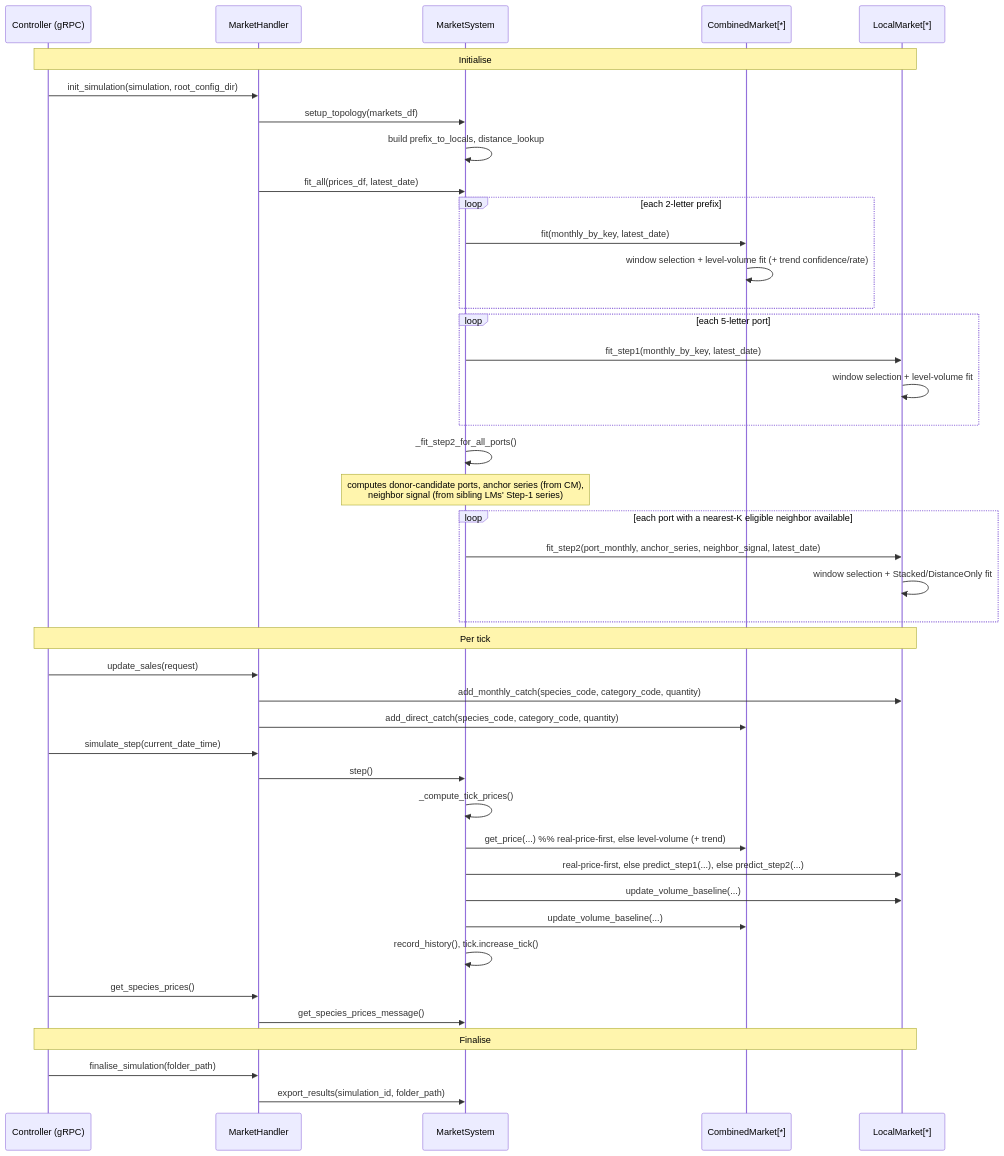
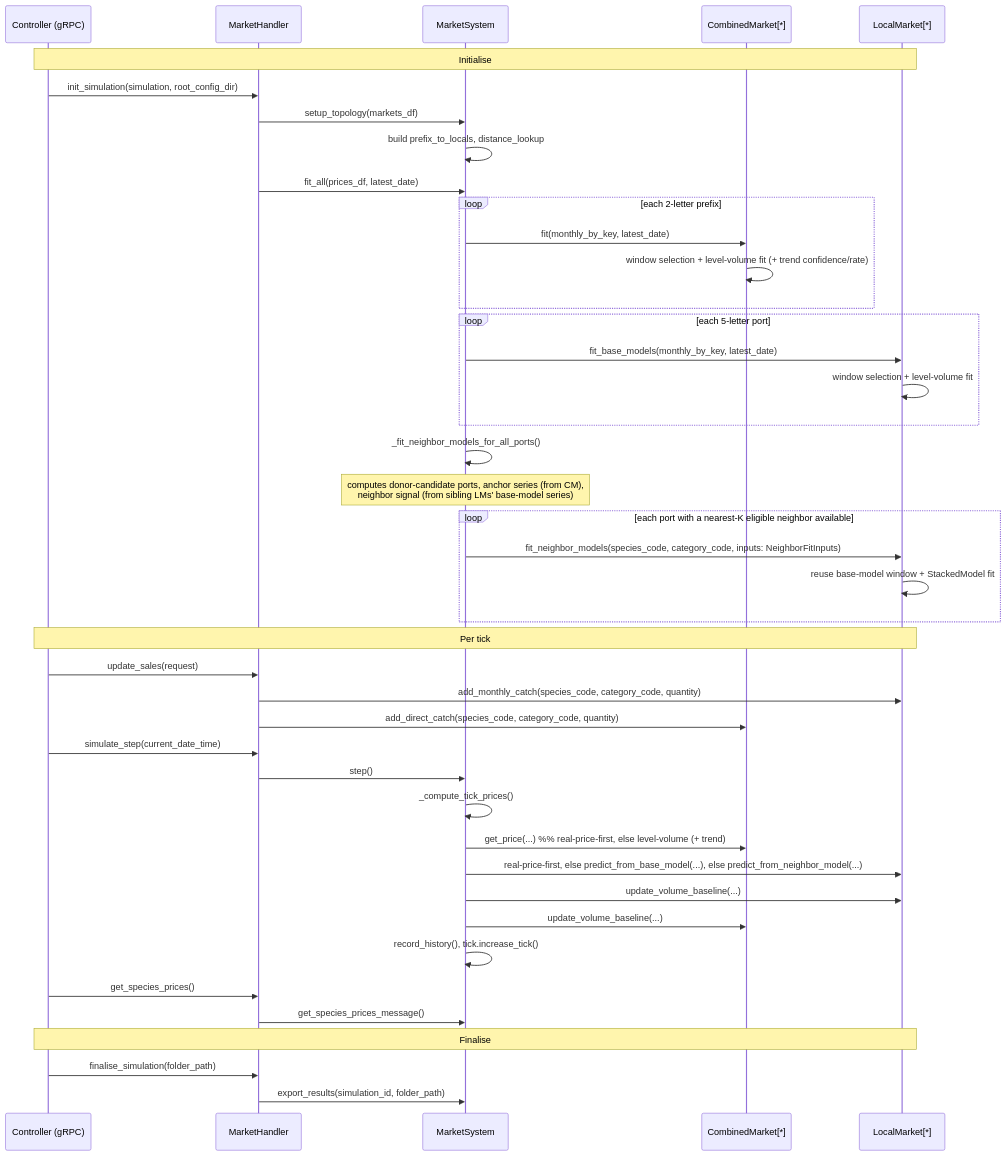
One commit to SURIMI-Project/SURIMI-market changed the second of 3 diagrams in src/models/market/ARCHITECTURE.md. Above: the diagram before and after it, drawn with Mermaid. The commit also changed other lines of this file, not shown here.

First line of the commit message:
docs: reconcile ARCHITECTURE.md with the full simplification pass

````diff
--- a/src/models/market/ARCHITECTURE.md
+++ b/src/models/market/ARCHITECTURE.md
@@ -139,49 +137,49 @@
 ```mermaid
 sequenceDiagram
     participant CTL as Controller (gRPC)
     participant MH as MarketHandler
     participant MS as MarketSystem
     participant CM as CombinedMarket[*]
     participant LM as LocalMarket[*]
 
     Note over CTL,LM: Initialise
     CTL->>MH: init_simulation(simulation, root_config_dir)
     MH->>MS: setup_topology(markets_df)
     MS->>MS: build prefix_to_locals, distance_lookup
     MH->>MS: fit_all(prices_df, latest_date)
     loop each 2-letter prefix
         MS->>CM: fit(monthly_by_key, latest_date)
         CM->>CM: window selection + level-volume fit (+ trend confidence/rate)
     end
     loop each 5-letter port
-        MS->>LM: fit_step1(monthly_by_key, latest_date)
+        MS->>LM: fit_base_models(monthly_by_key, latest_date)
         LM->>LM: window selection + level-volume fit
     end
-    MS->>MS: _fit_step2_for_all_ports()
-    Note over MS: computes donor-candidate ports, anchor series (from CM),<br/>neighbor signal (from sibling LMs' Step-1 series)
+    MS->>MS: _fit_neighbor_models_for_all_ports()
+    Note over MS: computes donor-candidate ports, anchor series (from CM),<br/>neighbor signal (from sibling LMs' base-model series)
     loop each port with a nearest-K eligible neighbor available
-        MS->>LM: fit_step2(port_monthly, anchor_series, neighbor_signal, latest_date)
-        LM->>LM: window selection + Stacked/DistanceOnly fit
+        MS->>LM: fit_neighbor_models(species_code, category_code, inputs: NeighborFitInputs)
+        LM->>LM: reuse base-model window + StackedModel fit
     end
 
     Note over CTL,LM: Per tick
     CTL->>MH: update_sales(request)
     MH->>LM: add_monthly_catch(species_code, category_code, quantity)
     MH->>CM: add_direct_catch(species_code, category_code, quantity)
 
     CTL->>MH: simulate_step(current_date_time)
     MH->>MS: step()
     MS->>MS: _compute_tick_prices()
     MS->>CM: get_price(...)  %% real-price-first, else level-volume (+ trend)
-    MS->>LM: real-price-first, else predict_step1(...), else predict_step2(...)
+    MS->>LM: real-price-first, else predict_from_base_model(...), else predict_from_neighbor_model(...)
     MS->>LM: update_volume_baseline(...)
     MS->>CM: update_volume_baseline(...)
     MS->>MS: record_history(), tick.increase_tick()
 
     CTL->>MH: get_species_prices()
     MH->>MS: get_species_prices_message()
 
     Note over CTL,LM: Finalise
     CTL->>MH: finalise_simulation(folder_path)
     MH->>MS: export_results(simulation_id, folder_path)
 ```
````
